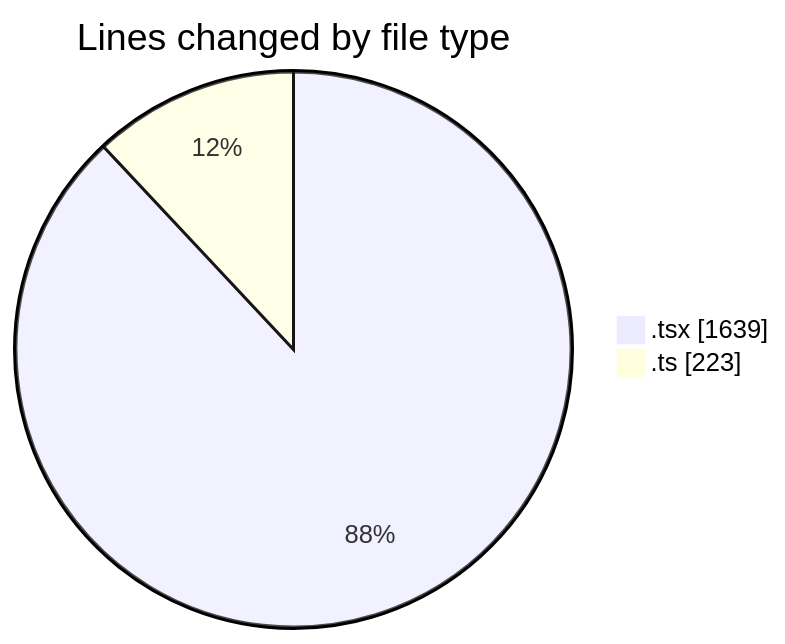
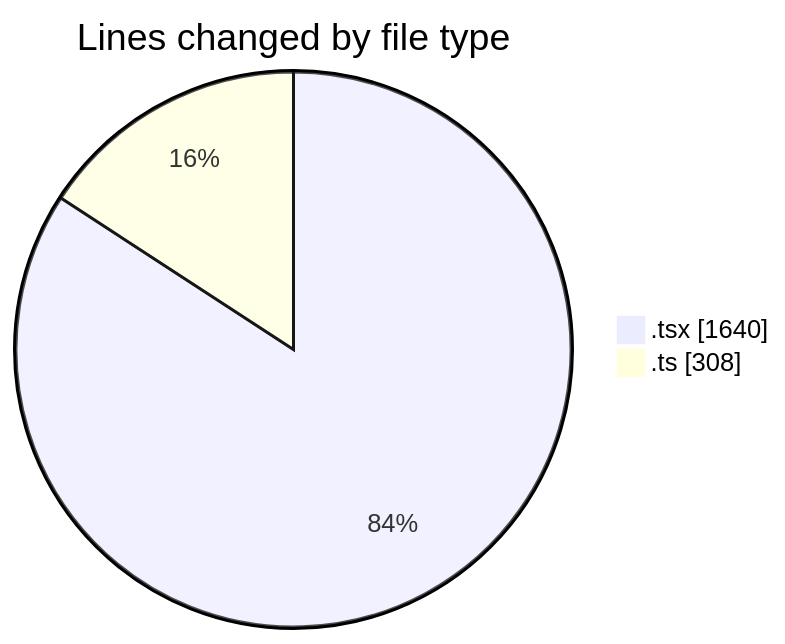
Before and after one commit to momahboobian/code-tracking: the first of 2 diagrams in 2025-09-24/cda/README.md, drawn with Mermaid. The commit also changed other lines of this file and 1 other file, not shown here.

````diff
--- a/2025-09-24/cda/README.md
+++ b/2025-09-24/cda/README.md
@@ -26,6 +27,6 @@
 ```mermaid
 pie showData
 title Lines changed by file type
-".tsx" : 1639
-".ts" : 223
+".tsx" : 1640
+".ts" : 308
 ```
````
